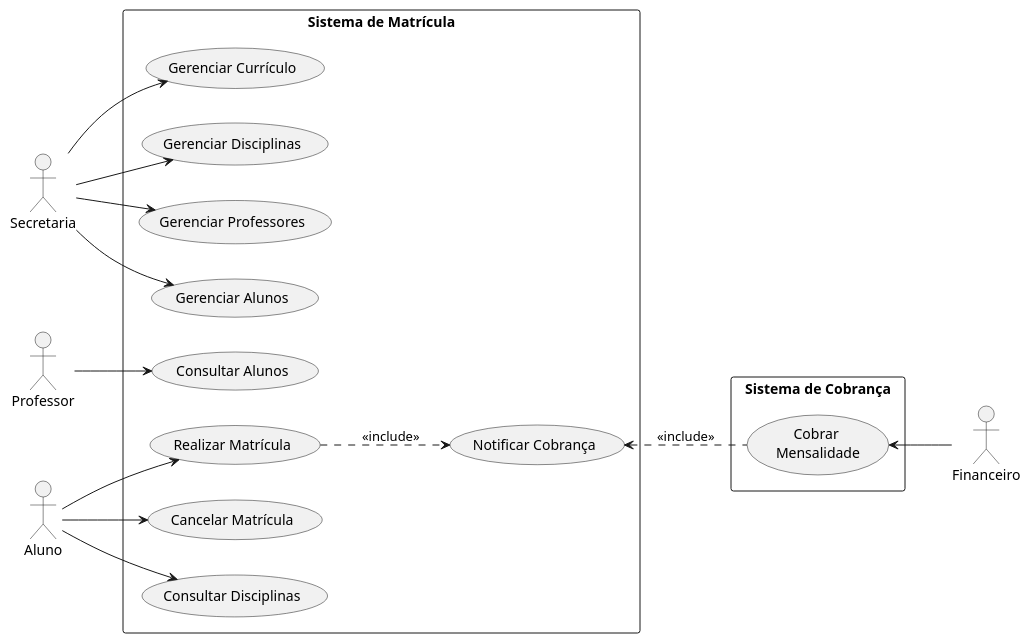
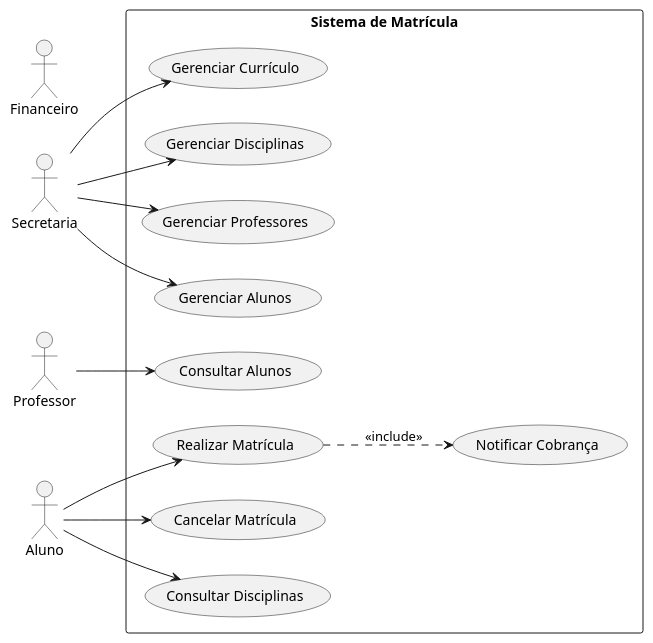
One commit to JoaoRajao/Matricula-LPS changed the diagram in implementacao/usercaseBp.puml. Above: the diagram before and after it, drawn with PlantUML. The commit also changed 9 other files, not shown here.

Commit message:
add class secretaria and add bp class uml

```diff
--- a/implementacao/usercaseBp.puml
+++ b/implementacao/usercaseBp.puml
@@ -1,36 +1,34 @@
 @startuml
 left to right direction
 
 actor "Secretaria" as secretaria
 actor "Professor" as professor
 actor "Aluno" as aluno
 actor "Financeiro" as financeiro
 
 rectangle "Sistema de Matrícula" {
     usecase "Realizar Matrícula" as UC1
     usecase "Cancelar Matrícula" as UC2
     usecase "Consultar Disciplinas" as UC3
     usecase "Consultar Alunos" as UC4
     usecase "Gerenciar Currículo" as UC5
     usecase "Gerenciar Disciplinas" as UC6
     usecase "Gerenciar Professores" as UC7
     usecase "Gerenciar Alunos" as UC8
     usecase "Notificar Cobrança" as UC9
 }
 
-rectangle "Sistema de Cobrança"{
-    usecase "Cobrar \nMensalidade" as UC10
-}
+
 
 aluno --> UC1
 aluno --> UC2
 aluno --> UC3
 UC1 ..> UC9 :<<include>>
 professor --> UC4
 secretaria --> UC5
 secretaria --> UC6
 secretaria --> UC7
 secretaria --> UC8
-UC10 .up.> UC9 :<<include>>
-financeiro -up-> UC10
+
+
 @enduml
```
